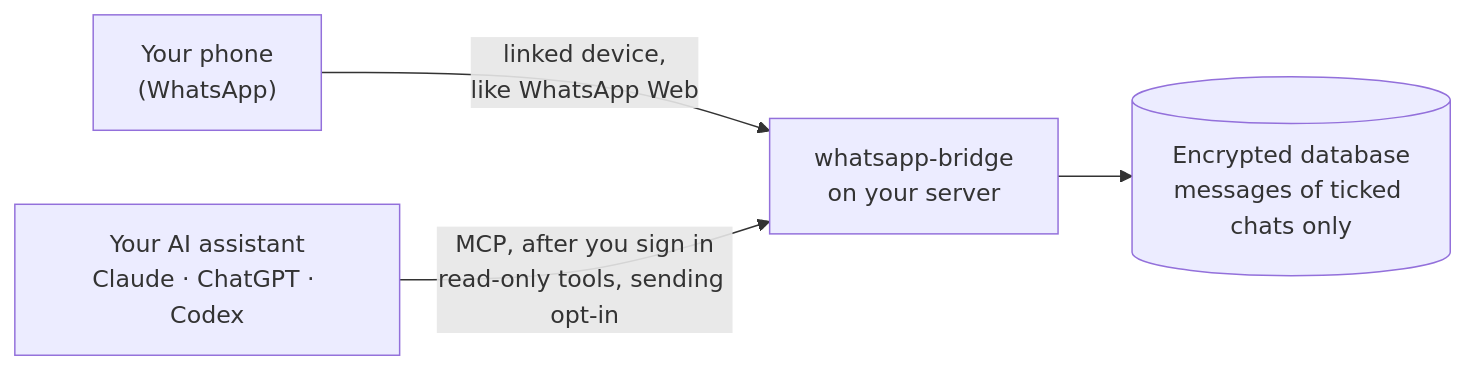
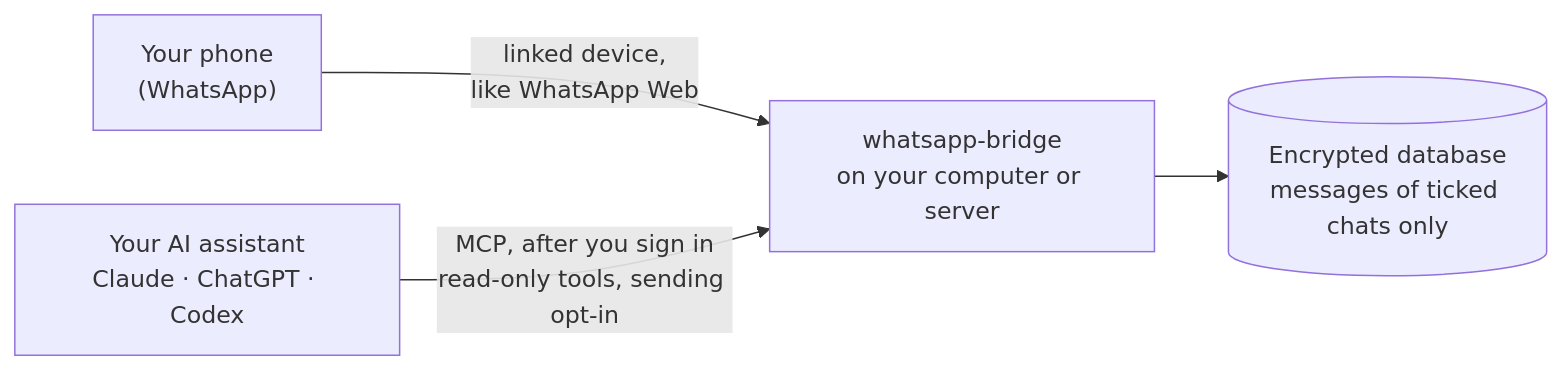
One commit to vid-t/whatsapp-bridge changed the diagram in README.md. Above: the diagram before and after it, drawn with Mermaid. The commit also changed other lines of this file and 2 other files, not shown here.

First line of the commit message:
Put running it on your own computer first in the README

````diff
--- a/README.md
+++ b/README.md
@@ -17,6 +18,6 @@
 ```mermaid
 flowchart LR
-    phone["Your phone<br/>(WhatsApp)"] -- "linked device,<br/>like WhatsApp Web" --> bridge["whatsapp-bridge<br/>on your server"]
+    phone["Your phone<br/>(WhatsApp)"] -- "linked device,<br/>like WhatsApp Web" --> bridge["whatsapp-bridge<br/>on your computer or server"]
     bridge --> db[("Encrypted database<br/>messages of ticked chats only")]
     ai["Your AI assistant<br/>Claude · ChatGPT · Codex"] -- "MCP, after you sign in<br/>read-only tools, sending opt-in" --> bridge
 ```
````
